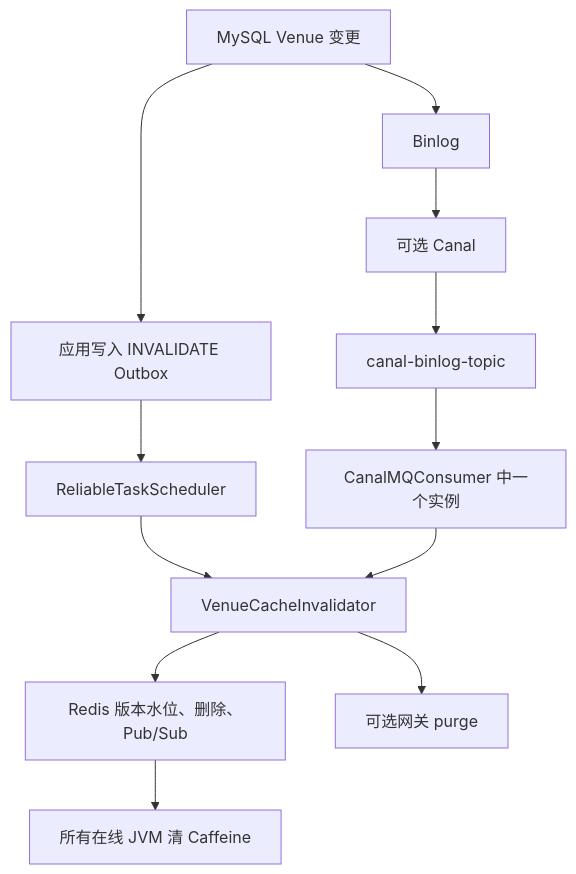
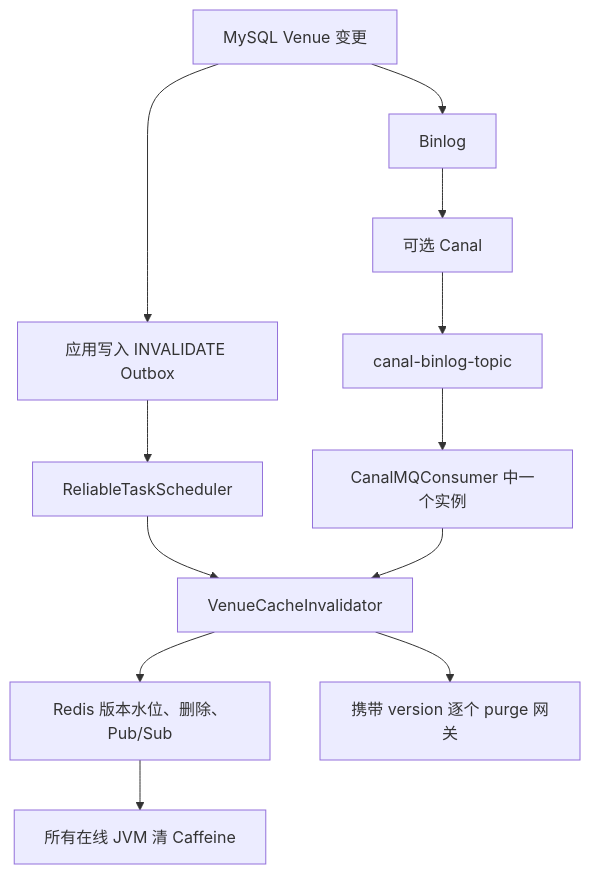
Before and after one commit to SyH-101/citypass-platform: diagram 12 of 14 in 04-最终一致性与缓存治理.md, drawn with Mermaid. The commit also changed other lines of this file and 27 other files, not shown here.

````diff
--- a/04-最终一致性与缓存治理.md
+++ b/04-最终一致性与缓存治理.md
@@ -979,14 +1084,14 @@
 ```mermaid
 flowchart TD
     DB["MySQL Venue 变更"] --> OUT["应用写入 INVALIDATE Outbox"]
     OUT --> RELAY["ReliableTaskScheduler"]
     DB --> BL["Binlog"]
     BL --> CA["可选 Canal"]
     CA --> MQ["canal-binlog-topic"]
     MQ --> CO["CanalMQConsumer 中一个实例"]
     RELAY --> INV["VenueCacheInvalidator"]
     CO --> INV
     INV --> RS["Redis 版本水位、删除、Pub/Sub"]
     RS --> JVM["所有在线 JVM 清 Caffeine"]
-    INV --> GW["可选网关 purge"]
+    INV --> GW["携带 version 逐个 purge 网关"]
 ```
````
